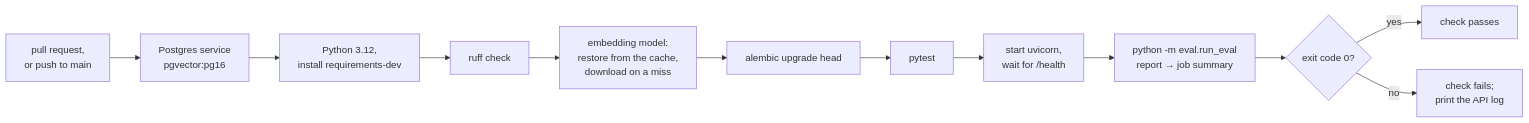
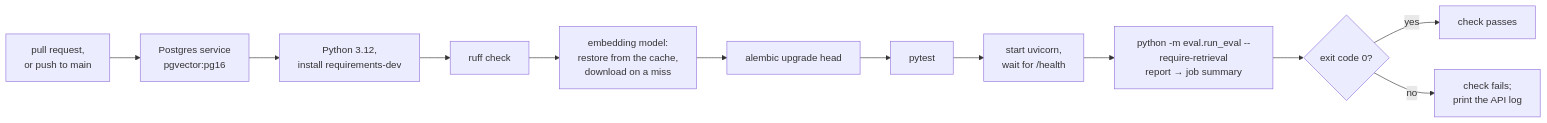
One commit to ZiadHendawy/mutable changed diagram 24 of 24 in docs/design.md. Above: the diagram before and after it, drawn with Mermaid. The commit also changed other lines of this file and 3 other files, not shown here.

````diff
--- a/docs/design.md
+++ b/docs/design.md
@@ -1338,14 +1341,14 @@
 ```mermaid
 flowchart LR
     trig["pull request,<br/>or push to main"] --> pg["Postgres service<br/>pgvector:pg16"]
     pg --> py["Python 3.12,<br/>install requirements-dev"]
     py --> lint["ruff check"]
     lint --> model["embedding model:<br/>restore from the cache,<br/>download on a miss"]
     model --> mig["alembic upgrade head"]
     mig --> test["pytest"]
     test --> up["start uvicorn,<br/>wait for /health"]
-    up --> ev["python -m eval.run_eval<br/>report → job summary"]
+    up --> ev["python -m eval.run_eval --require-retrieval<br/>report → job summary"]
     ev --> gate{"exit code 0?"}
     gate -- yes --> pass["check passes"]
     gate -- no --> fail["check fails;<br/>print the API log"]
 ```
````
